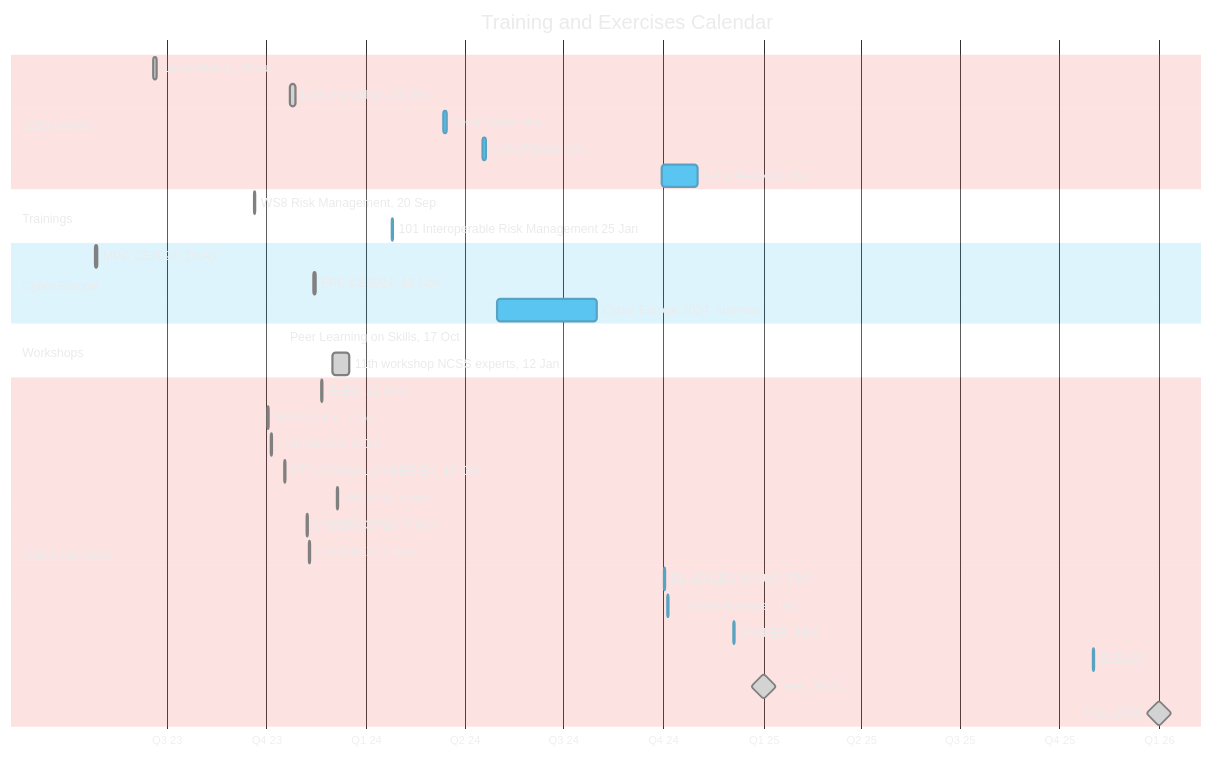
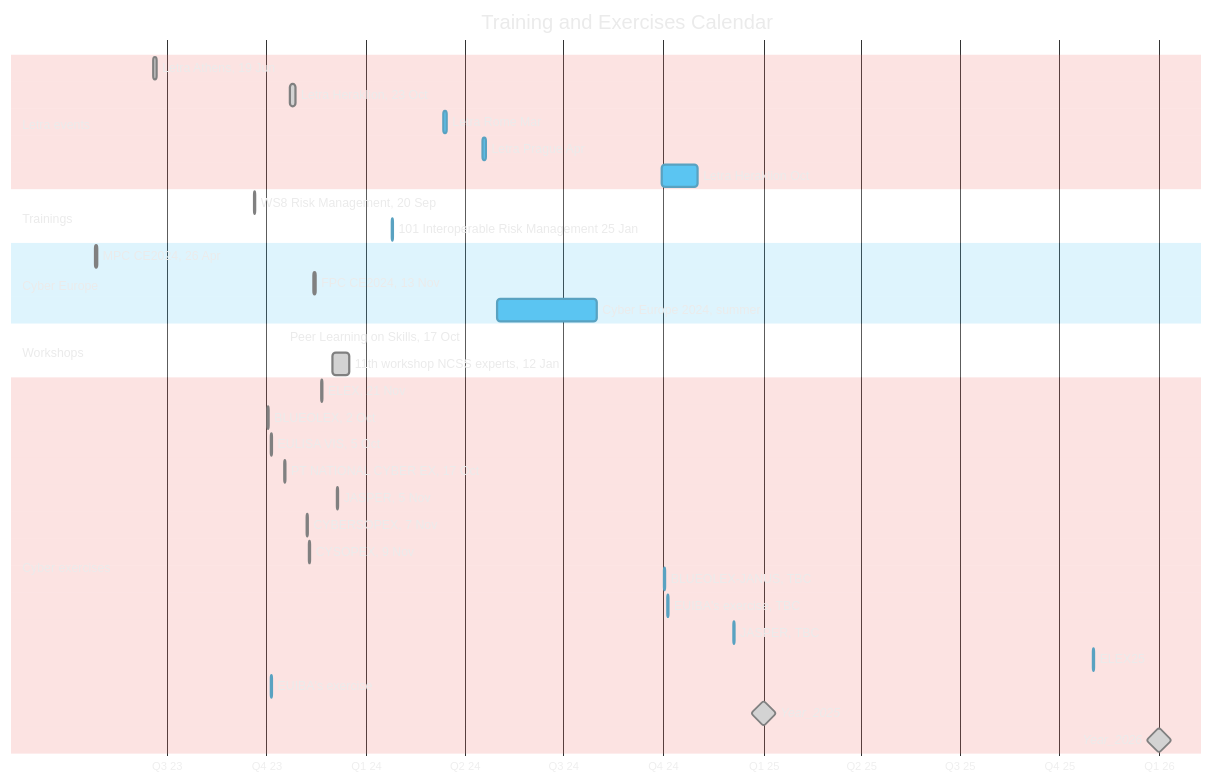
Before and after one commit to ENISA-Exercises/Public01: the first of 2 diagrams in README.md, drawn with Mermaid. The commit also changed other lines of this file, not shown here.

````diff
--- a/README.md
+++ b/README.md
@@ -9,60 +9,59 @@
 ```mermaid
 %%{
   init: {
     'theme': 'base',
     'themeVariables': {
       'darkmode': 'true',
       'fontFamily': 'Arial',
       'primaryColor': '#5BC5F2',
       'primaryTextColor': '#EBEBEB',
       'secondaryColor': '#F9B233',
       'secondaryTextColor': '#EBEBEB',
       'tertiaryColor': '#EE756D',
       'tertiaryTextColor': '#EBEBEB',
       'lineColor': '#1D1D1B'
     }
   }
 }%%
 gantt
   title Training and Exercises Calendar
   dateFormat YYYY-MM-DD %%Input date format. The default input date format is YYYY-MM-DD
   axisFormat Q%q %y
   tickInterval 3month
 %%displayed gantt bar info
   section Letra events
     Letra Athens, 19 Jun: done, Letra202306, 2023-06-19, 3d
     Letra Heraklion, 23 Oct: done, Letra202310, 2023-10-23, 5d
     Letra Rome Mar: Training45363, 2024-03-12, 3d
     Letra Prague Apr: Training45399, 2024-04-17, 3d
     Letra Heraklion Oct: Training45565, 2024-09-30, 33d
   section Trainings
     WS8 Risk Management, 20 Sep: done, TRAINING45189, 2023-09-20, 1d
     101 Interoperable Risk Management 25 Jan: virtual_workshop45316, 2024-01-25, 1d
   section Cyber Europe
     MPC CE2024, 26 Apr: done, Conference45042, 2023-04-26, 2d
     FPC CE2024, 13 Nov: done, CONFERENCE45243, 2023-11-13, 2d
     Cyber Europe 2024, summer: Exercise45413, 2024-05-01, 92d
   section Workshops
     Peer Learning on Skills, 17 Oct: done, physical_workshop45216, 2023-10-17, 1d
     11th workshop NCSS experts, 12 Jan: done, virtual_workshop45261, 2023-12-01, 15d
   section Cyber exercises
     ELEX, 21 Nov: done, ELEX2023, 2023-11-21, 1d
     BLUEOLEX, 2 Oct: done, EXERCISE45201, 2023-10-02, 1d
     EULISA VIS, 5 Oct: done, EXERCISE45204, 2023-10-05, 1d
     PT NATIONAL CYBER EX, 17 Oct: done, EXERCISE45216, 2023-10-17, 2d
     JASPER, 5 Nov: done, EXERCISE45265, 2023-12-05, 1d
     CYBERSOPEX, 7 Nov: done, EXERCISE45237, 2023-11-07, 1d
     CYSOPEX, 9 Nov: done, EXERCISE45239, 2023-11-09, 1d
     BLUEOLEX-JANUS, TBC: Exercise45567, 2024-10-02, 1d
     EUIBA's exercise, TBC: Exercise45570, 2024-10-05, 1d
     JASPER, TBC: Exercise45631, 2024-12-05, 1d
     ELEX25: Exercise45962, 2025-11-01, 1d
-
-    
+    EUIBA's exercise: Exercise45204, 2023-10-05, 1d  
     
 %%  Year_2023: done, milestone, Year23, 2023-01-01, 0d
 %%  Year_2024: done, milestone, Year24, 2024-01-01, 0d
 Year_2025: done, milestone, Year25, 2025-01-01, 0d
 Year_2026: done, milestone, Year26, 2026-01-01, 0d
 
 ```
````
